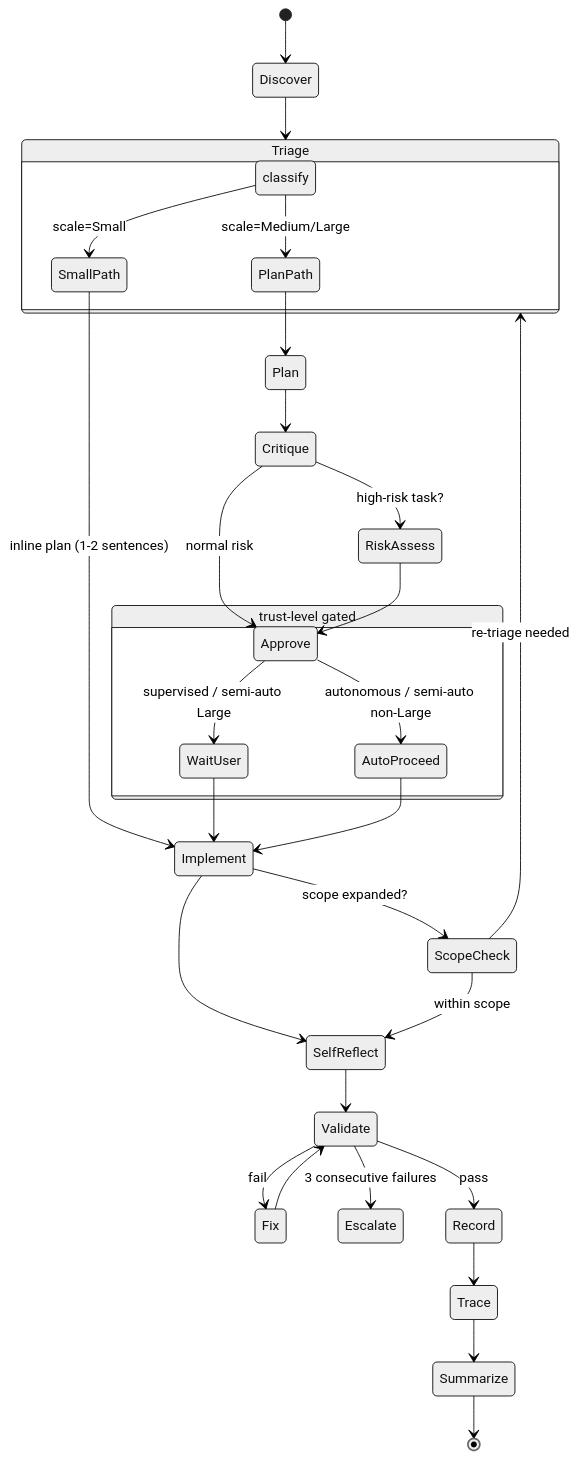
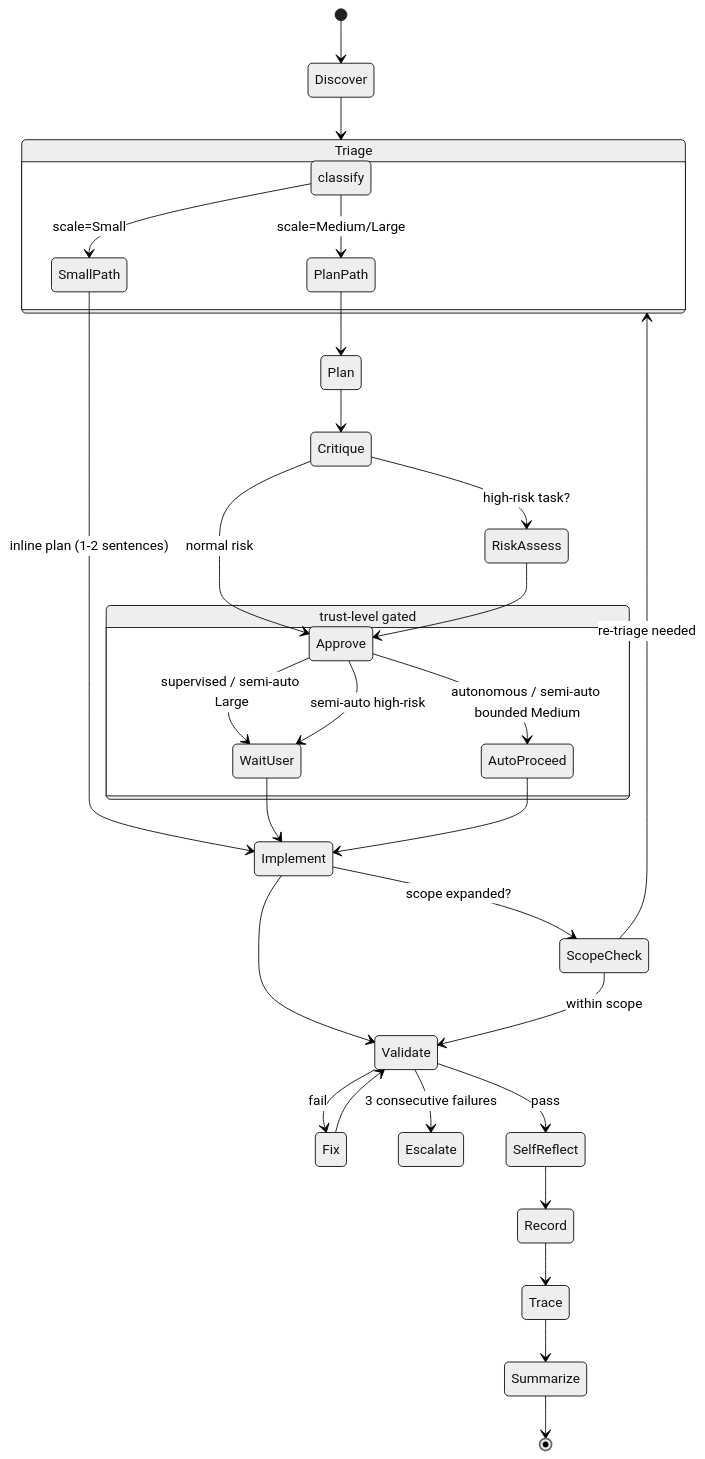
Before and after one commit to screenleon/agent-playbook-template: the diagram in docs/agent-playbook.md, drawn with Mermaid (neutral theme). The commit also changed other lines of this file and 30 other files, not shown here.

````diff
--- a/docs/agent-playbook.md
+++ b/docs/agent-playbook.md
@@ -349,43 +388,44 @@
 ```mermaid
 stateDiagram-v2
     [*] --> Discover
     Discover --> Triage
 
     state Triage {
         direction LR
         classify --> SmallPath : scale=Small
         classify --> PlanPath : scale=Medium/Large
     }
 
     SmallPath --> Implement : inline plan (1-2 sentences)
     PlanPath --> Plan
 
     Plan --> Critique
     Critique --> RiskAssess : high-risk task?
     Critique --> Approve : normal risk
     RiskAssess --> Approve
 
     state "trust-level gated" as ApproveGate {
         Approve --> WaitUser : supervised / semi-auto Large
-        Approve --> AutoProceed : autonomous / semi-auto non-Large
+        Approve --> WaitUser : semi-auto high-risk
+        Approve --> AutoProceed : autonomous / semi-auto bounded Medium
     }
 
     WaitUser --> Implement
     AutoProceed --> Implement
 
-    Implement --> SelfReflect
-    SelfReflect --> Validate
+    Implement --> Validate
 
     Validate --> Fix : fail
     Fix --> Validate
     Validate --> Escalate : 3 consecutive failures
-    Validate --> Record : pass
+    Validate --> SelfReflect : pass
+    SelfReflect --> Record
 
     Implement --> ScopeCheck : scope expanded?
     ScopeCheck --> Triage : re-triage needed
-    ScopeCheck --> SelfReflect : within scope
+    ScopeCheck --> Validate : within scope
 
     Record --> Trace
     Trace --> Summarize
     Summarize --> [*]
 ```
````
